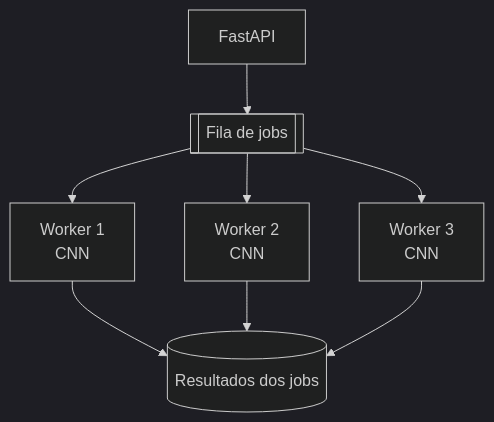
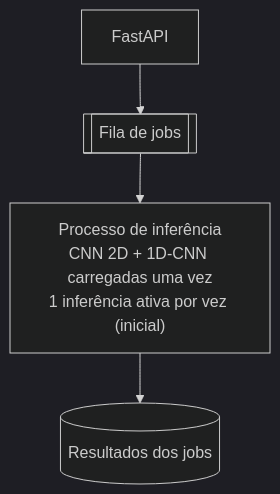
One commit to Asuka-Jyuku/kanji-lens changed the third of 3 diagrams in docs/ARCHITECTURE.md. Above: the diagram before and after it, drawn with Mermaid (dark theme). The commit also changed other lines of this file and 16 other files, not shown here.

````diff
--- a/docs/ARCHITECTURE.md
+++ b/docs/ARCHITECTURE.md
@@ -206,6 +249,6 @@
 ```mermaid
 flowchart TB
     api["FastAPI"] --> queue[["Fila de jobs"]]
-    queue --> w1["Worker 1<br/>CNN"] & w2["Worker 2<br/>CNN"] & w3["Worker 3<br/>CNN"]
-    w1 & w2 & w3 --> results[("Resultados dos jobs")]
+    queue --> inf["Processo de inferência<br/>CNN 2D + 1D-CNN carregadas uma vez<br/>1 inferência ativa por vez (inicial)"]
+    inf --> results[("Resultados dos jobs")]
 ```
````
